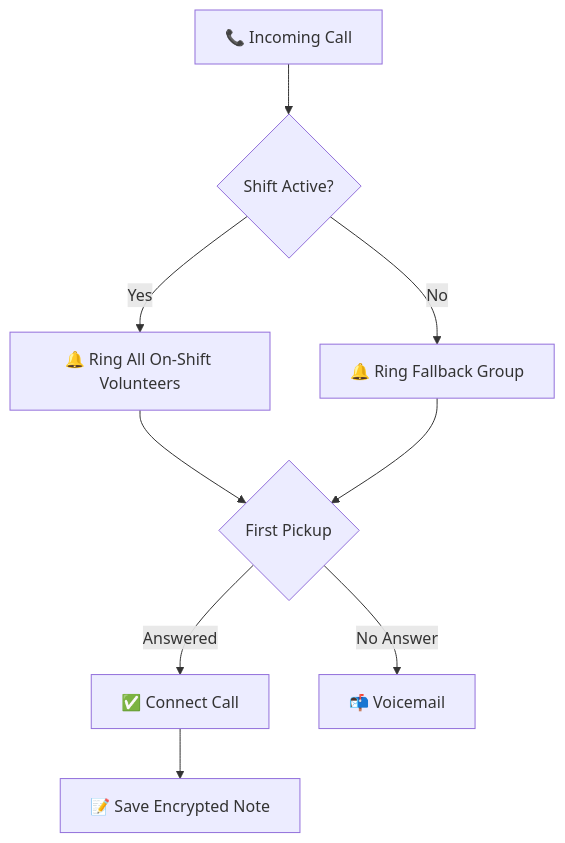
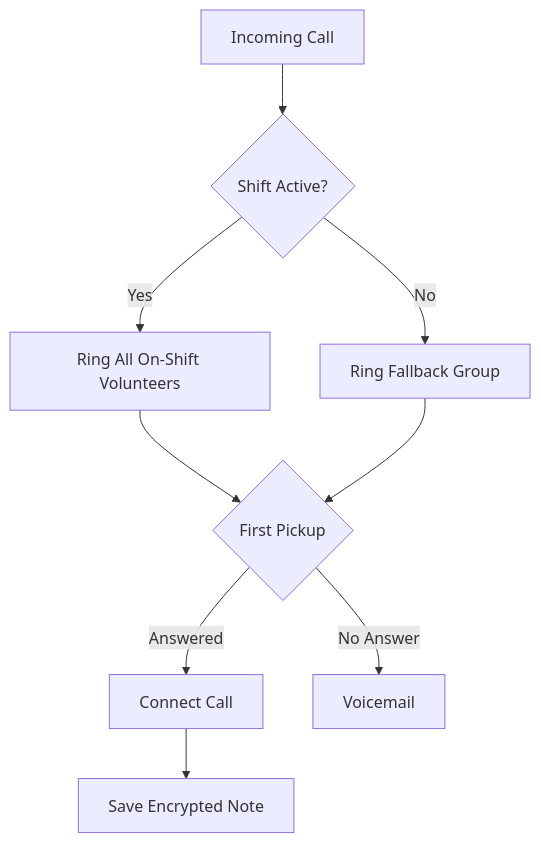
Before and after one commit to rhonda-rodododo/llamenos-hotline: the diagram in site/src/content/docs/en/getting-started.md, drawn with Mermaid. The commit also changed other lines of this file and 11 other files, not shown here.

````diff
--- a/site/src/content/docs/en/getting-started.md
+++ b/site/src/content/docs/en/getting-started.md
@@ -14,11 +12,11 @@
 ```mermaid
 flowchart TD
-    A["📞 Incoming Call"] --> B{"Shift Active?"}
-    B -->|Yes| C["🔔 Ring All On-Shift Volunteers"]
-    B -->|No| D["🔔 Ring Fallback Group"]
+    A["Incoming Call"] --> B{"Shift Active?"}
+    B -->|Yes| C["Ring All On-Shift Volunteers"]
+    B -->|No| D["Ring Fallback Group"]
     C --> E{"First Pickup"}
     D --> E
-    E -->|"Answered"| F["✅ Connect Call"]
-    E -->|"No Answer"| G["📬 Voicemail"]
-    F --> H["📝 Save Encrypted Note"]
+    E -->|"Answered"| F["Connect Call"]
+    E -->|"No Answer"| G["Voicemail"]
+    F --> H["Save Encrypted Note"]
 ```
````
